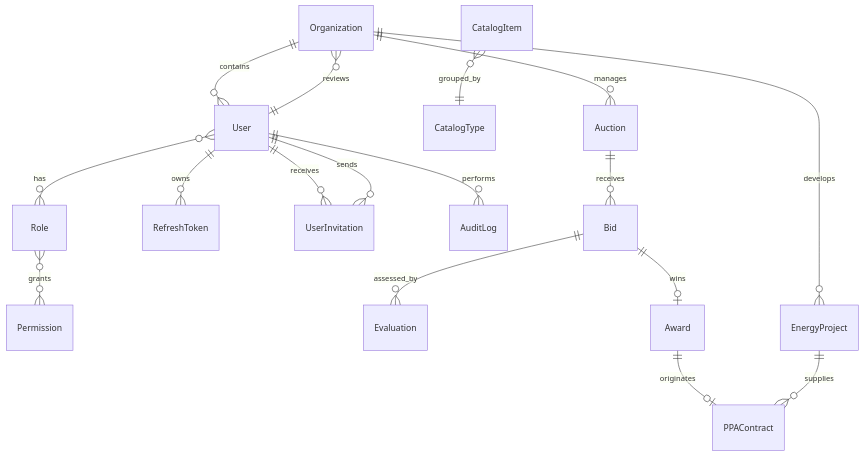
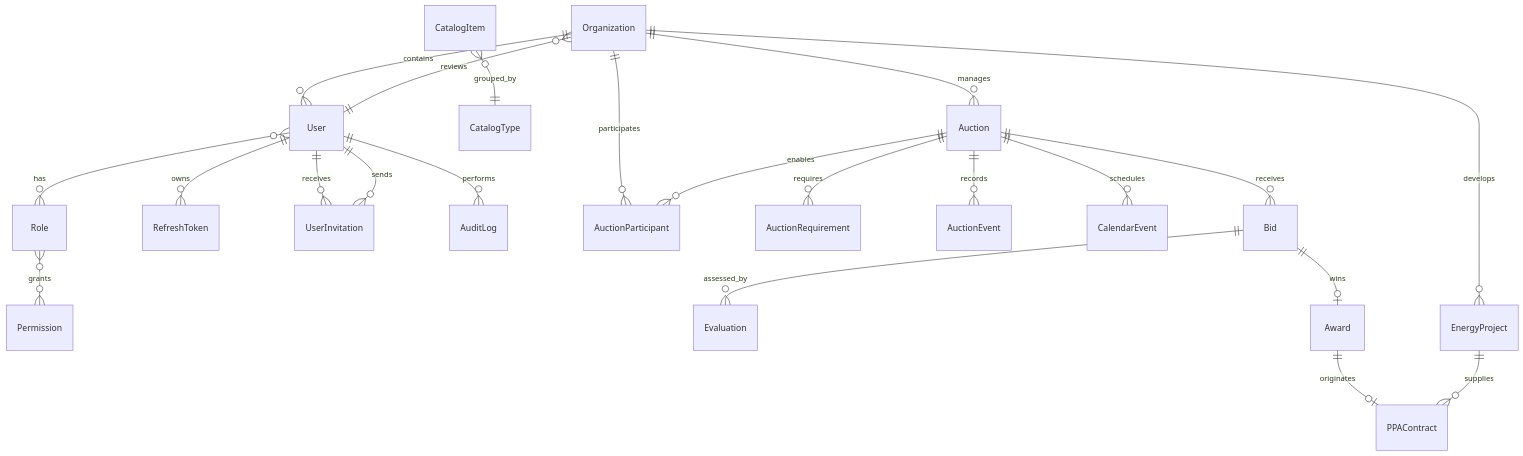
Before and after one commit to Jairo0811/Ecosoft: the diagram in docs/database.md, drawn with Mermaid. The commit also changed other lines of this file and 23 other files, not shown here.

Commit message:
feat: add auction lifecycle and energy calendar

````diff
--- a/docs/database.md
+++ b/docs/database.md
@@ -8,19 +8,24 @@
 ```mermaid
 erDiagram
     Organization ||--o{ User : contains
     User }o--o{ Role : has
     Role }o--o{ Permission : grants
     User ||--o{ RefreshToken : owns
     User ||--o{ UserInvitation : receives
     User ||--o{ UserInvitation : sends
     User ||--o{ AuditLog : performs
     User ||--o{ Organization : reviews
     CatalogItem }o--|| CatalogType : grouped_by
     Organization ||--o{ Auction : manages
+    Organization ||--o{ AuctionParticipant : participates
+    Auction ||--o{ AuctionRequirement : requires
+    Auction ||--o{ AuctionParticipant : enables
+    Auction ||--o{ AuctionEvent : records
+    Auction ||--o{ CalendarEvent : schedules
     Auction ||--o{ Bid : receives
     Bid ||--o{ Evaluation : assessed_by
     Bid ||--o| Award : wins
     Award ||--o| PPAContract : originates
     Organization ||--o{ EnergyProject : develops
     EnergyProject ||--o{ PPAContract : supplies
 ```
````
